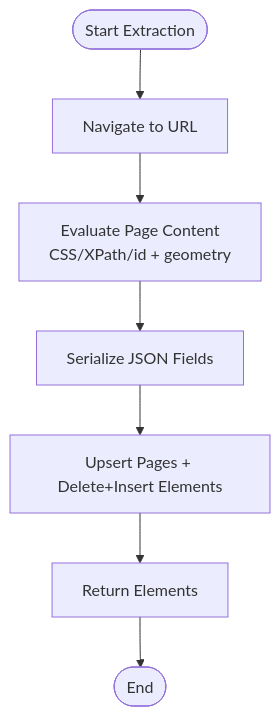
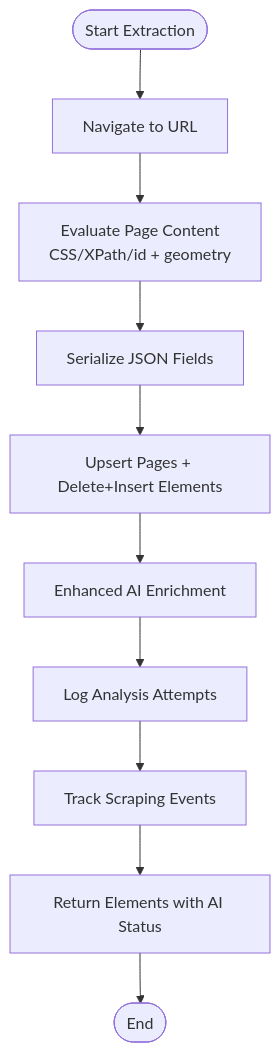
One commit to alikhan37544/InteractGenxSRM-1 changed diagram 11 of 14 in .qoder/repowiki/en/content/Extraction Script System/Extraction Script System.md. Above: the diagram before and after it, drawn with Mermaid. The commit also changed other lines of this file and 6645 other files, not shown here.

````diff
--- a/.qoder/repowiki/en/content/Extraction Script System/Extraction Script System.md
+++ b/.qoder/repowiki/en/content/Extraction Script System/Extraction Script System.md
@@ -359,9 +543,12 @@
 ```mermaid
 flowchart TD
 Start(["Start Extraction"]) --> Nav["Navigate to URL"]
 Nav --> Eval["Evaluate Page Content<br/>CSS/XPath/id + geometry"]
 Eval --> Serialize["Serialize JSON Fields"]
 Serialize --> Persist["Upsert Pages + Delete+Insert Elements"]
-Persist --> Return["Return Elements"]
+Persist --> Enrich["Enhanced AI Enrichment"]
+Enrich --> Log["Log Analysis Attempts"]
+Log --> History["Track Scraping Events"]
+History --> Return["Return Elements with AI Status"]
 Return --> End(["End"])
 ```
````
